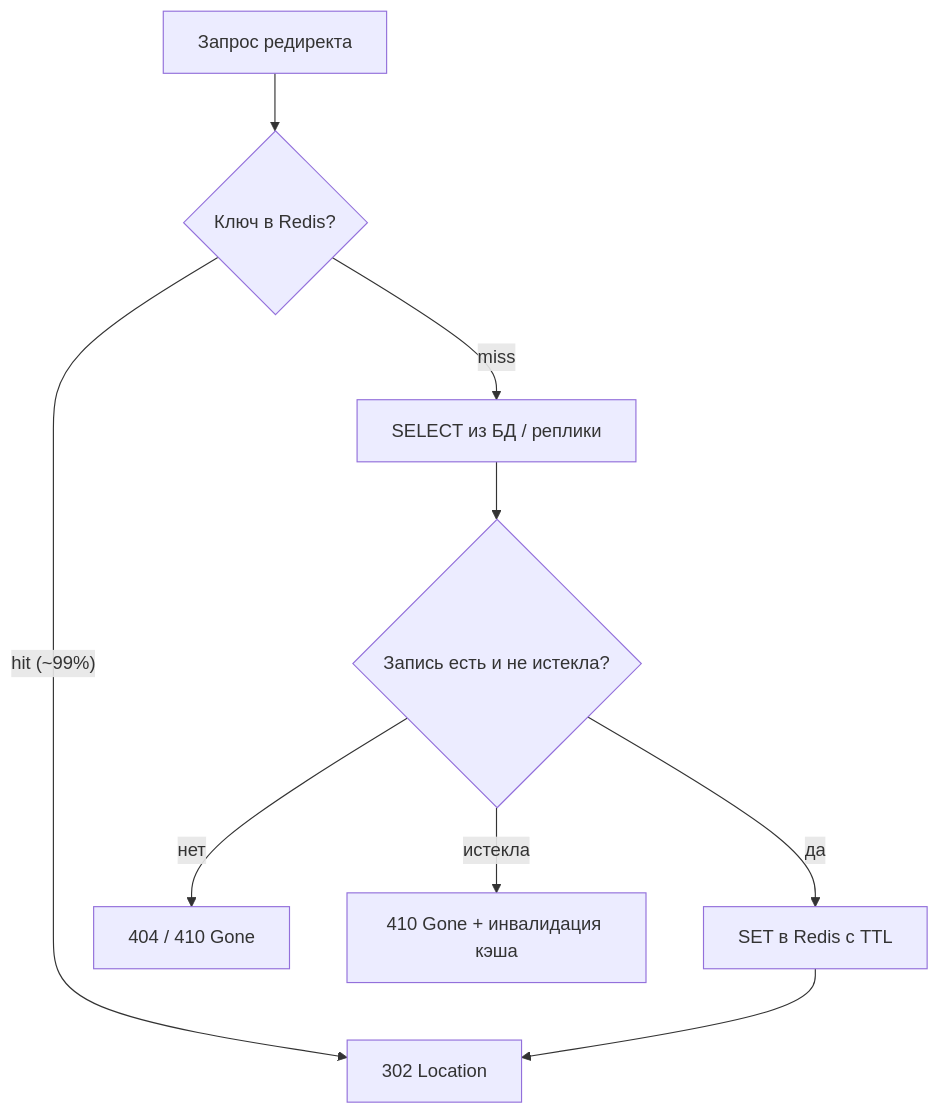
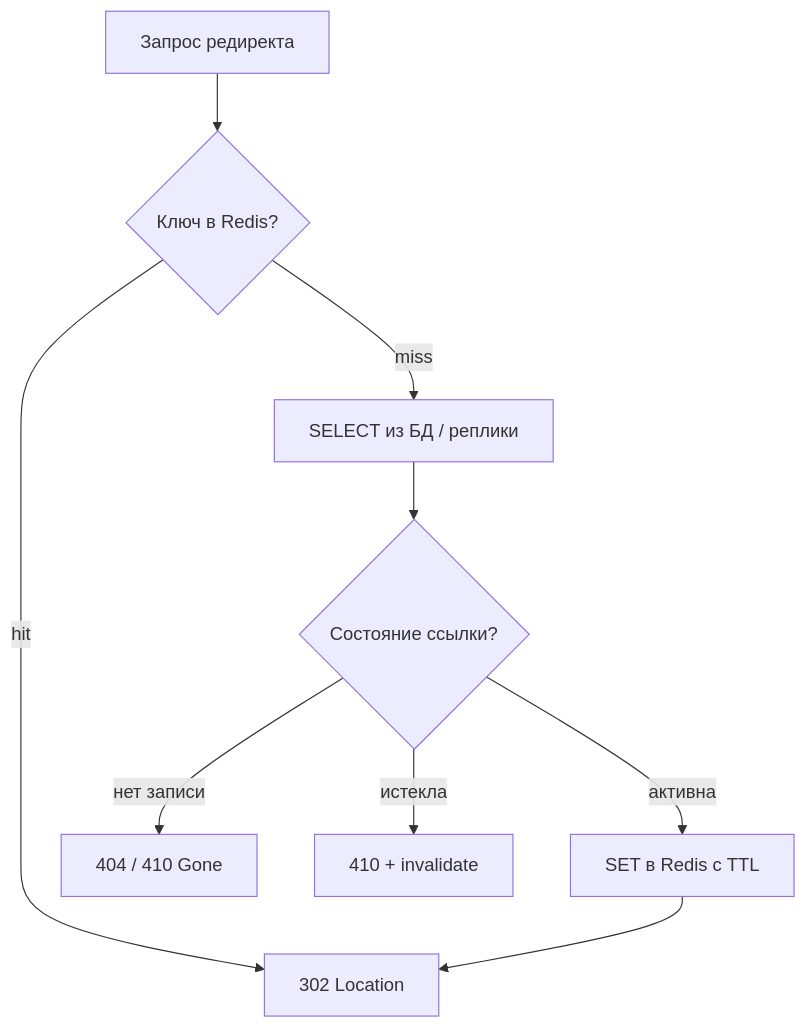
Before and after one commit to AlohaJava/system-design-interview-chamkin: the fifth of 6 diagrams in 02-case-studies/url-shortener.md, drawn with Mermaid. The commit also changed other lines of this file and 49 other files, not shown here.

````diff
--- a/02-case-studies/url-shortener.md
+++ b/02-case-studies/url-shortener.md
@@ -360,11 +364,11 @@
 ```mermaid
 flowchart TD
     Req["Запрос редиректа"] --> Check{"Ключ в Redis?"}
-    Check -->|"hit (~99%)"| Resp["302 Location"]
+    Check -->|"hit"| Resp["302 Location"]
     Check -->|"miss"| DBq["SELECT из БД / реплики"]
-    DBq --> Found{"Запись есть и не истекла?"}
-    Found -->|"да"| Warm["SET в Redis с TTL"]
+    DBq --> Found{"Состояние ссылки?"}
+    Found -->|"активна"| Warm["SET в Redis с TTL"]
     Warm --> Resp
-    Found -->|"нет"| NotFound["404 / 410 Gone"]
-    Found -->|"истекла"| Gone["410 Gone + инвалидация кэша"]
+    Found -->|"нет записи"| NotFound["404 / 410 Gone"]
+    Found -->|"истекла"| Gone["410 + invalidate"]
 ```
````
